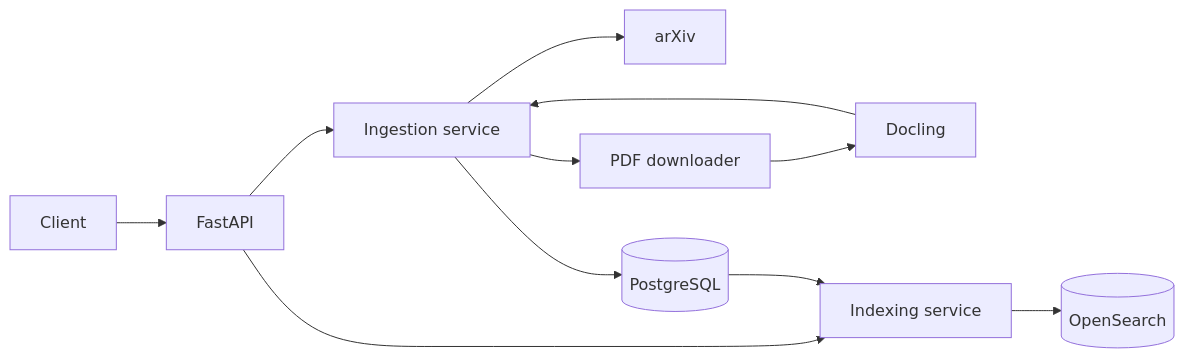
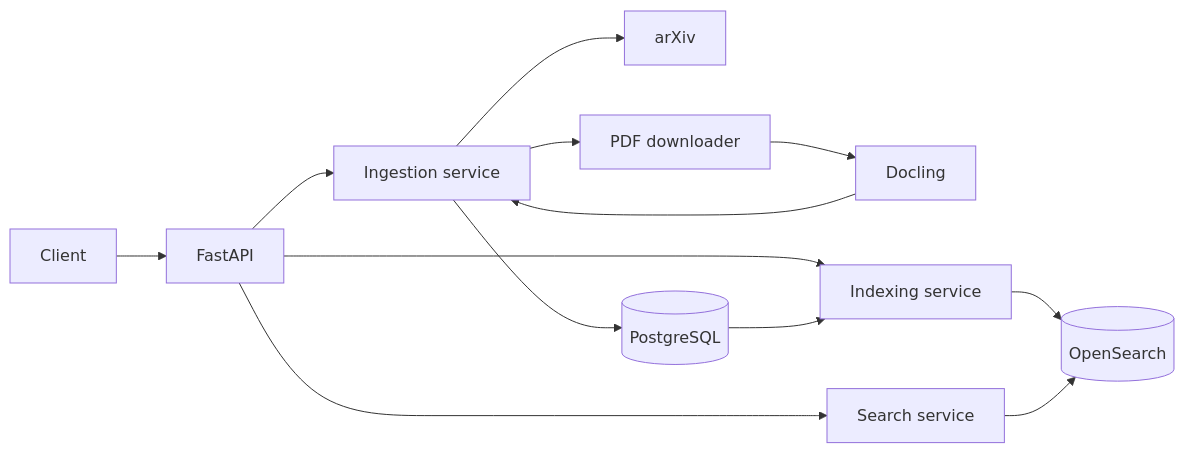
Before and after one commit to vector94/agentic-research-assistant: the diagram in README.md, drawn with Mermaid. The commit also changed other lines of this file and 6 other files, not shown here.

````diff
--- a/README.md
+++ b/README.md
@@ -20,13 +21,15 @@
 ```mermaid
 flowchart LR
     Client --> FastAPI
     FastAPI --> Ingestion[Ingestion service]
     Ingestion --> arXiv
     Ingestion --> PDF[PDF downloader]
     PDF --> Docling
     Docling --> Ingestion
     Ingestion --> PostgreSQL[(PostgreSQL)]
     FastAPI --> Indexing[Indexing service]
     PostgreSQL --> Indexing
     Indexing --> OpenSearch[(OpenSearch)]
+    FastAPI --> Search[Search service]
+    Search --> OpenSearch
 ```
````
